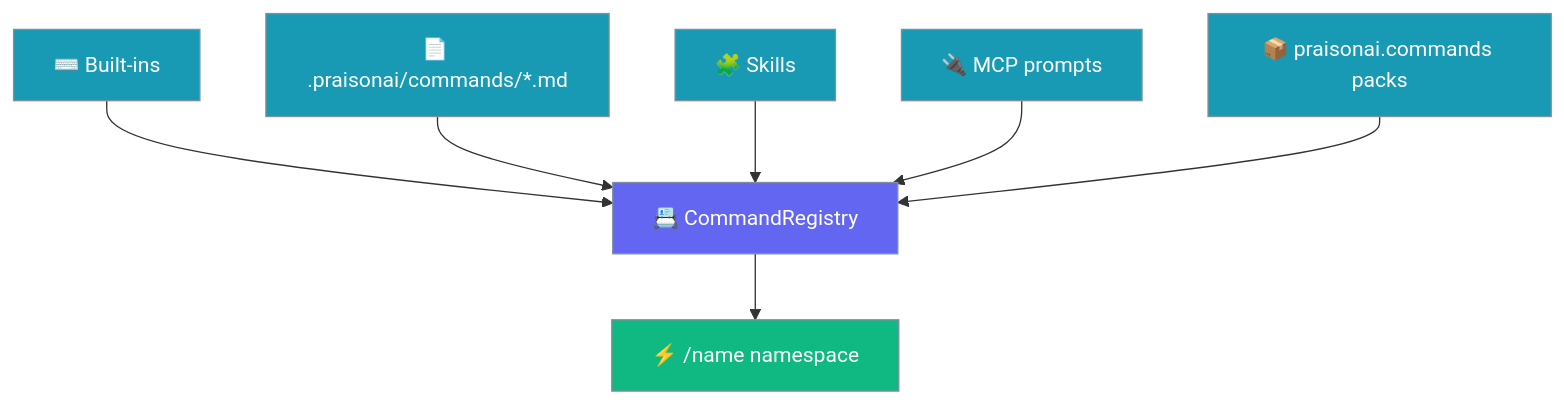
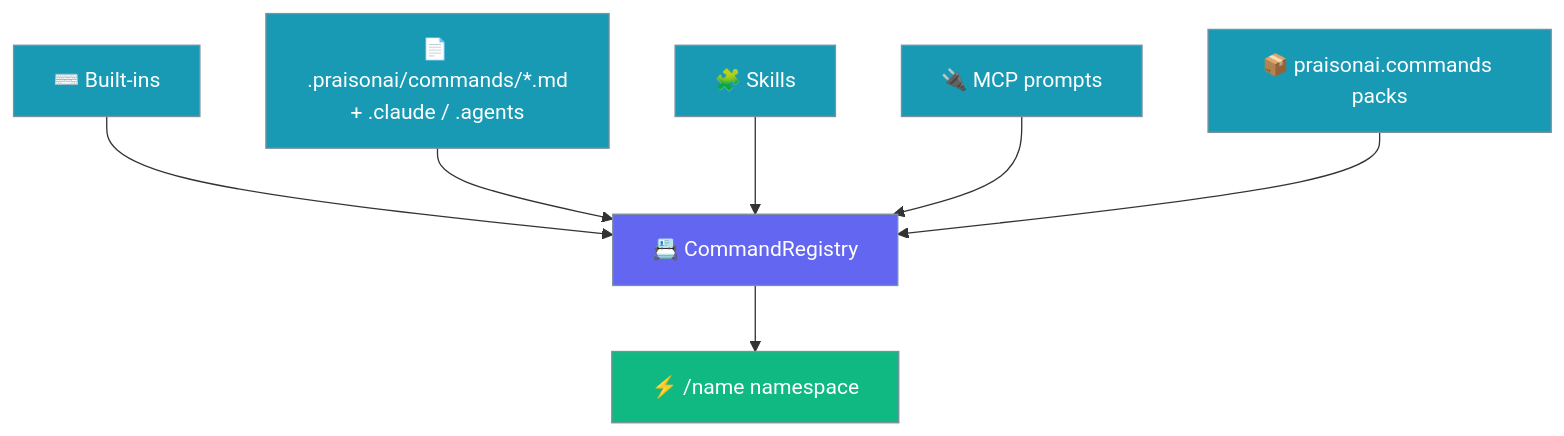
Before and after one commit to MervinPraison/PraisonAIDocs: the first of 2 diagrams in docs/cli/slash-commands.mdx, drawn with Mermaid. The commit also changed other lines of this file and 4 other files, not shown here.

First line of the commit message:
docs: discover named agents & commands from .claude/ and .agents/ (fixes #3024)

````diff
--- a/docs/cli/slash-commands.mdx
+++ b/docs/cli/slash-commands.mdx
@@ -176,17 +176,17 @@
 ```mermaid
 graph TB
     B[⌨️ Built-ins] --> R[📇 CommandRegistry]
-    C[📄 .praisonai/commands/*.md] --> R
+    C[📄 .praisonai/commands/*.md<br/>+ .claude / .agents] --> R
     S[🧩 Skills] --> R
     M[🔌 MCP prompts] --> R
     P[📦 praisonai.commands packs] --> R
     R --> NS[⚡ /name namespace]
 
     classDef source fill:#189AB4,stroke:#7C90A0,color:#fff
     classDef registry fill:#6366F1,stroke:#7C90A0,color:#fff
     classDef out fill:#10B981,stroke:#7C90A0,color:#fff
 
     class B,C,S,M,P source
     class R registry
     class NS out
 ```
````
